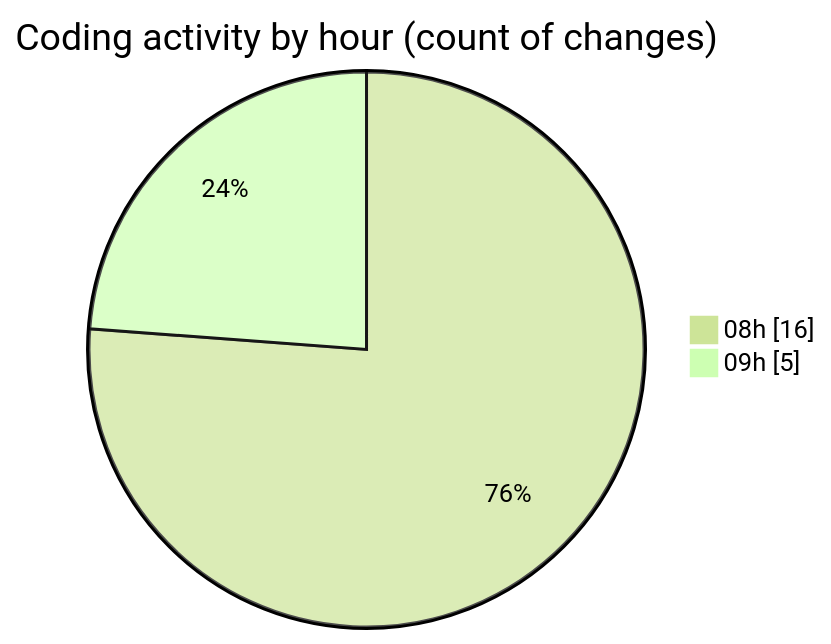
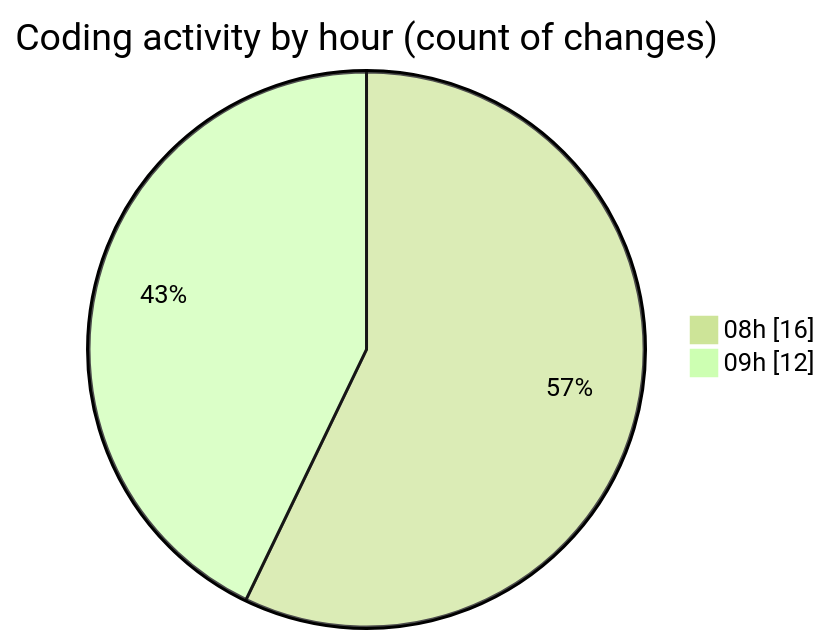
One commit to momahboobian/code-tracking changed the second of 2 diagrams in 2025-03-12/cda/README.md. Above: the diagram before and after it, drawn with Mermaid (forest theme). The commit also changed other lines of this file and 1 other file, not shown here.

````diff
--- a/2025-03-12/cda/README.md
+++ b/2025-03-12/cda/README.md
@@ -32,6 +33,6 @@
 ```mermaid
 pie showData
 title Coding activity by hour (count of changes)
 "08h" : 16
-"09h" : 5
+"09h" : 12
 ```
````
